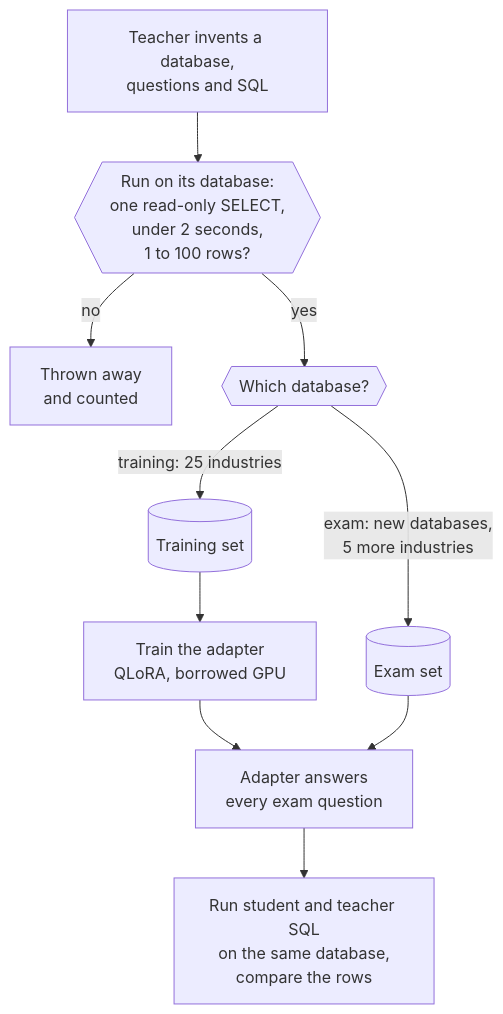
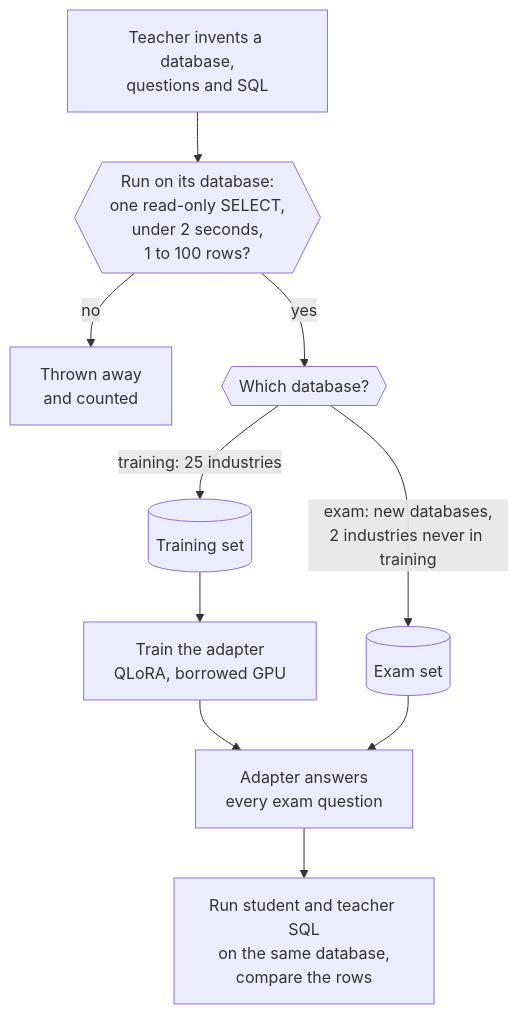
One commit to harshbhx/ratchet changed the first of 3 diagrams in docs-site/src/content/docs/guides/text-to-sql.mdx. Above: the diagram before and after it, drawn with Mermaid. The commit also changed other lines of this file and 79 other files, not shown here.

````diff
--- a/docs-site/src/content/docs/guides/text-to-sql.mdx
+++ b/docs-site/src/content/docs/guides/text-to-sql.mdx
@@ -85,18 +90,18 @@
 ```mermaid
 flowchart TB
   T["Teacher invents a database,<br/>questions and SQL"] --> C{{"Run on its database:<br/>one read-only SELECT,<br/>under 2 seconds,<br/>1 to 100 rows?"}}
   C -->|"no"| X["Thrown away<br/>and counted"]
   C -->|"yes"| S{{"Which database?"}}
   S -->|"training: 25 industries"| TR[("Training set")]
-  S -->|"exam: new databases,<br/>5 more industries"| EX[("Exam set")]
+  S -->|"exam: new databases,<br/>2 industries never in training"| EX[("Exam set")]
   TR --> L["Train the adapter<br/>QLoRA, borrowed GPU"]
   L --> M["Adapter answers<br/>every exam question"]
   EX --> M
   M --> R["Run student and teacher SQL<br/>on the same database,<br/>compare the rows"]
   class T teacher
   class C,S gate
   class X danger
   class TR,EX store
   class L,M student
   class R ok
 ```
````
